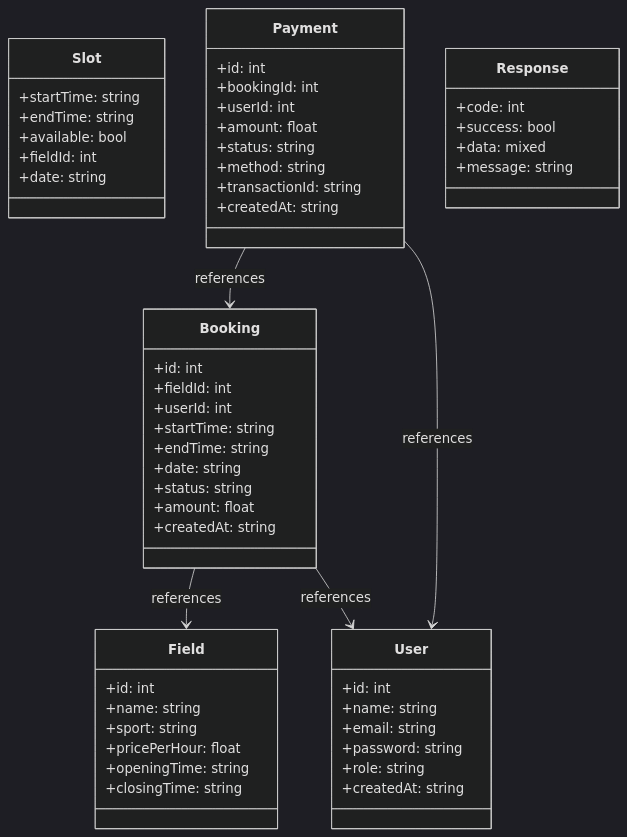
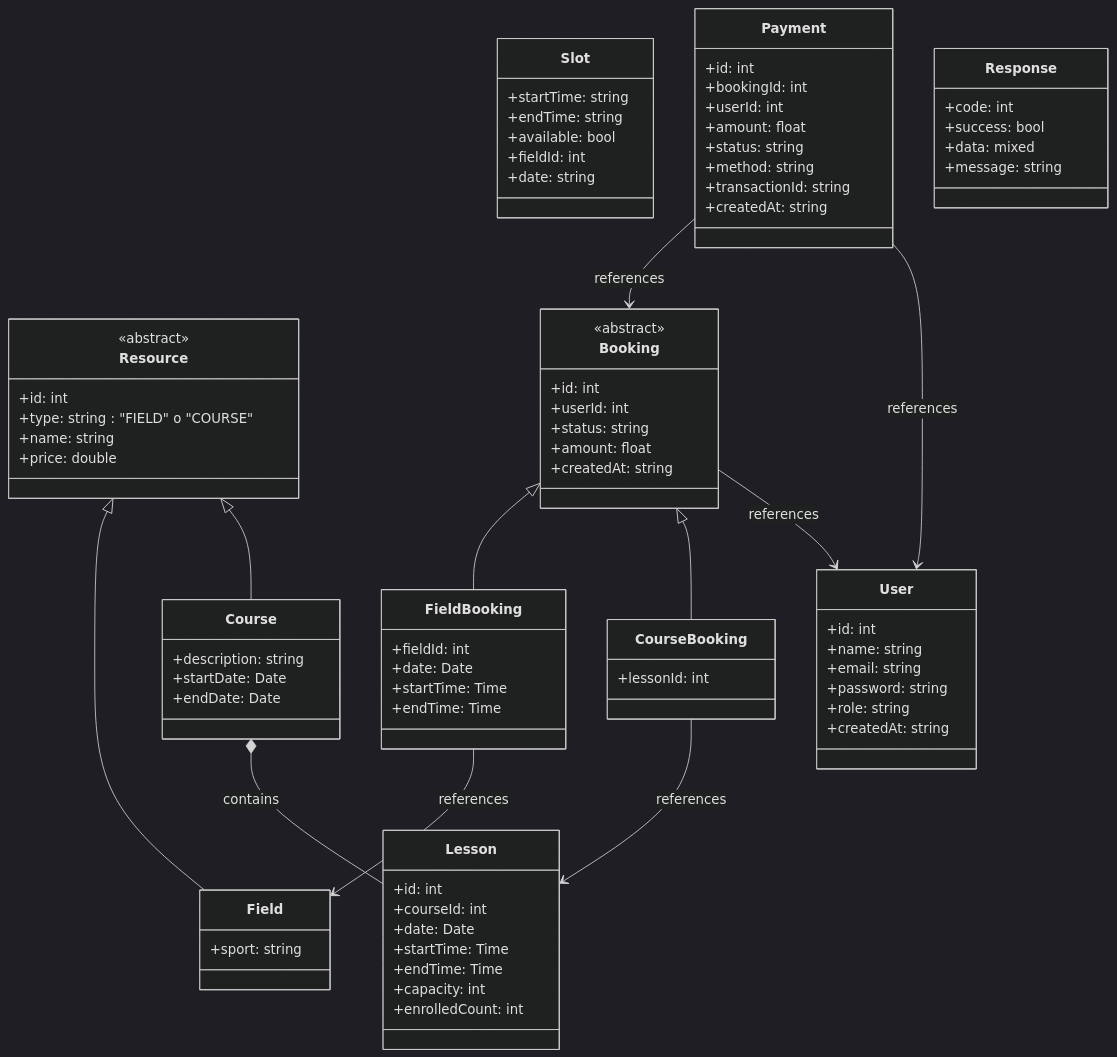
One commit to mb4dev/progetto-prova changed the fifth of 5 diagrams in documentazione/architettura_base/Architettura base.md. Above: the diagram before and after it, drawn with Mermaid (dark theme). The commit also changed 6 other files, not shown here.

````diff
--- a/documentazione/architettura_base/Architettura base.md
+++ b/documentazione/architettura_base/Architettura base.md
@@ -183,14 +183,37 @@
     +createdAt: string
 }
 
+class Resource {
+    <<abstract>>
+    +id: int
+    +type: string : "FIELD" o "COURSE"
+    +name: string
+    +price: double
+}
+
 class Field {
+    +sport: string
+}
+
+class Course {
+    +description: string
+    +startDate: Date
+    +endDate: Date
+}
+
+class Lesson {
     +id: int
-    +name: string
-    +sport: string
-    +pricePerHour: float
-    +openingTime: string
-    +closingTime: string
+    +courseId: int
+    +date: Date
+    +startTime: Time
+    +endTime: Time
+    +capacity: int
+    +enrolledCount: int
 }
+
+Resource <|-- Field
+Resource <|-- Course
+Course *-- Lesson : contains
 
 class Slot {
     +startTime: string
@@ -201,16 +224,33 @@
 }
 
 class Booking {
+    <<abstract>>
     +id: int
-    +fieldId: int
     +userId: int
-    +startTime: string
-    +endTime: string
-    +date: string
     +status: string
     +amount: float
     +createdAt: string
 }
+
+class FieldBooking {
+    +fieldId: int
+    +date: Date
+    +startTime: Time
+    +endTime: Time
+}
+
+class CourseBooking {
+    +lessonId: int
+}
+
+Booking <|-- FieldBooking
+Booking <|-- CourseBooking
+
+Booking --> User : references
+FieldBooking --> Field : references
+CourseBooking --> Lesson : references
+Payment --> Booking : references
+Payment --> User : references
 
 class Payment {
     +id: int
@@ -229,9 +269,4 @@
     +data: mixed
     +message: string
 }
-
-Booking --> Field : references
-Booking --> User : references
-Payment --> Booking : references
-Payment --> User : references
 ```
````
